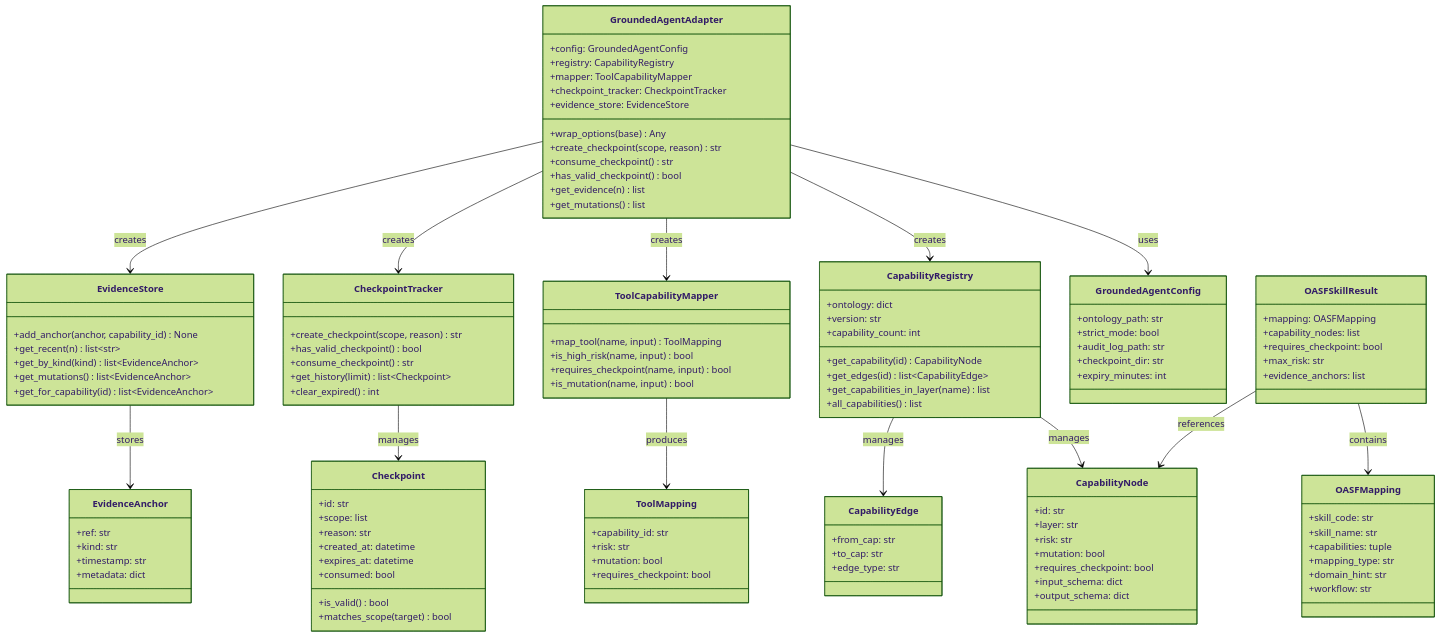
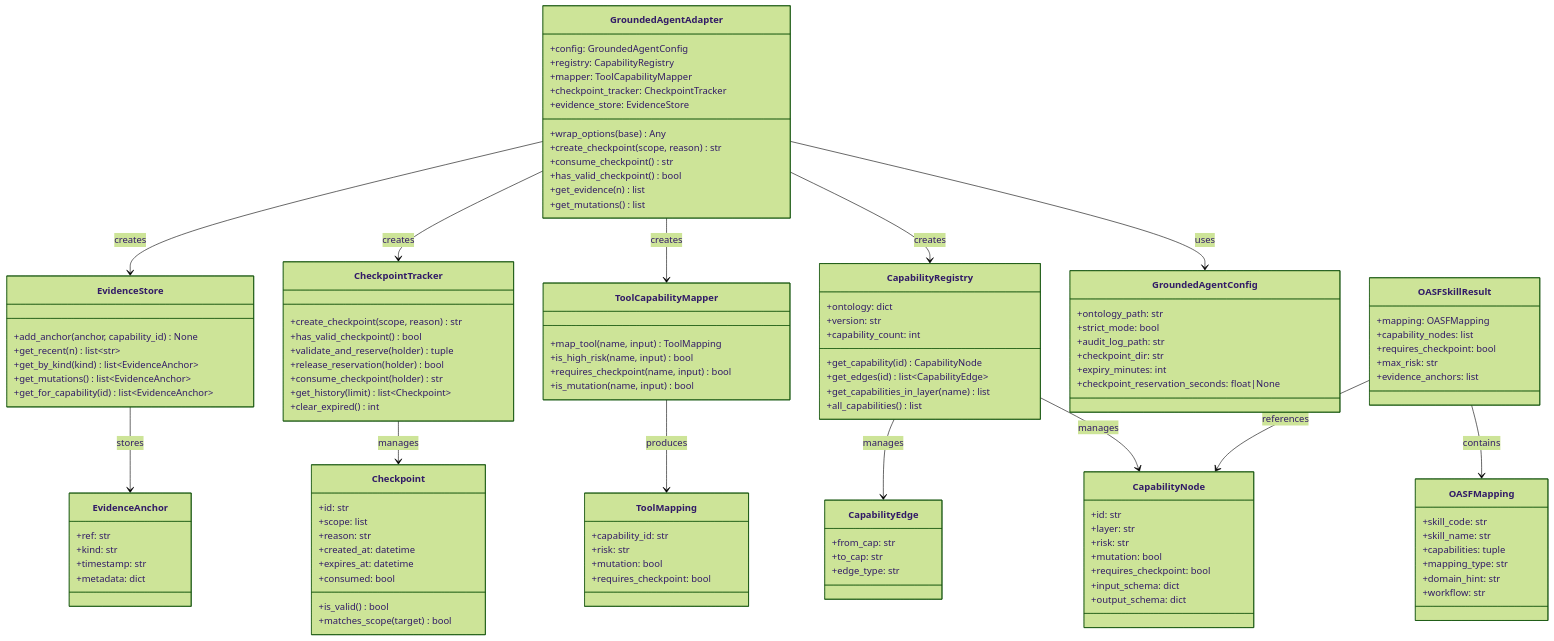
The sixth of 7 diagrams in analysis/03-data-model-and-erd.md (synaptiai/agent-capability-standard), drawn with Mermaid (forest theme) before and after one commit. The commit also changed other lines of this file and 108 other files, not shown here.

```diff
--- a/analysis/03-data-model-and-erd.md
+++ b/analysis/03-data-model-and-erd.md
@@ -1057,6 +1065,7 @@
         +audit_log_path: str
         +checkpoint_dir: str
         +expiry_minutes: int
+        +checkpoint_reservation_seconds: float|None
     }
 
     class GroundedAgentAdapter {
@@ -1093,7 +1102,9 @@
     class CheckpointTracker {
         +create_checkpoint(scope, reason) str
         +has_valid_checkpoint() bool
-        +consume_checkpoint() str
+        +validate_and_reserve(holder) tuple
+        +release_reservation(holder) bool
+        +consume_checkpoint(holder) str
         +get_history(limit) list~Checkpoint~
         +clear_expired() int
     }
```
